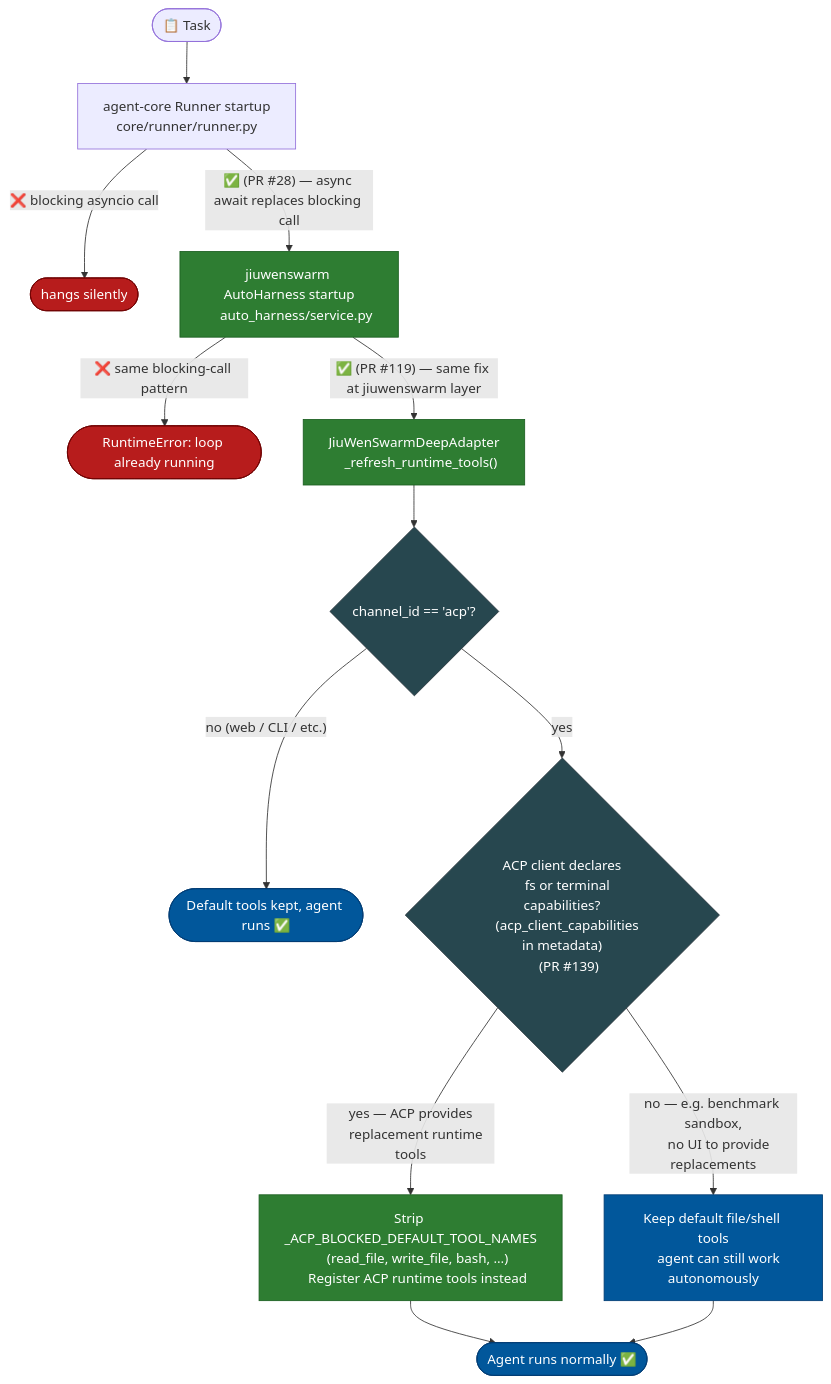
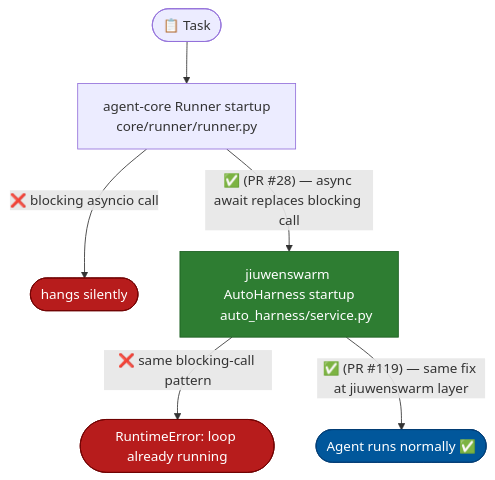
One commit to michaelatamuk/openjiuwen-jiuwenswarm changed the first of 9 diagrams in docs-michael/Implementation.Overview.md. Above: the diagram before and after it, drawn with Mermaid. The commit also changed other lines of this file, not shown here.

Commit message:
Working on Jiuwenswarm

````diff
--- a/docs-michael/Implementation.Overview.md
+++ b/docs-michael/Implementation.Overview.md
@@ -28,40 +27,18 @@
 ```mermaid
 flowchart TD
     classDef fix  fill:#2E7D32,color:#fff,stroke:#1B5E20
     classDef fail fill:#B71C1C,color:#fff,stroke:#6f0000
     classDef ok   fill:#01579B,color:#fff,stroke:#003c74
-    classDef cfg  fill:#27474F,color:#fff,stroke:#263238
 
     T(["📋 Task"])
 
     T --> AC["agent-core Runner startup
     core/runner/runner.py"]
 
     AC -->|"❌ blocking asyncio call"| H1(["hangs silently"]):::fail
     AC -->|"✅ (PR #28) — async await replaces blocking call"| JW["jiuwenswarm AutoHarness startup
     auto_harness/service.py"]:::fix
 
     JW -->|"❌ same blocking-call pattern"| H2(["RuntimeError: loop already running"]):::fail
-    JW -->|"✅ (PR #119) — same fix at jiuwenswarm layer"| ADP["JiuWenSwarmDeepAdapter
-    _refresh_runtime_tools()"]:::fix
-
-    ADP --> CH{"channel_id == 'acp'?"}:::cfg
-
-    CH -->|"no (web / CLI / etc.)"| RUN1(["Default tools kept, agent runs ✅"]):::ok
-
-    CH -->|"yes"| CAP{"ACP client declares
-    fs or terminal capabilities?
-    (acp_client_capabilities in metadata)
-    (PR #139)"}:::cfg
-
-    CAP -->|"yes — ACP provides
-    replacement runtime tools"| STRIP["Strip _ACP_BLOCKED_DEFAULT_TOOL_NAMES
-    (read_file, write_file, bash, …)
-    Register ACP runtime tools instead"]:::fix
-
-    CAP -->|"no — e.g. benchmark sandbox,
-    no UI to provide replacements"| KEEP["Keep default file/shell tools
-    agent can still work autonomously"]:::ok
-
-    STRIP & KEEP --> RUN2(["Agent runs normally ✅"]):::ok
+    JW -->|"✅ (PR #119) — same fix at jiuwenswarm layer"| RUN(["Agent runs normally ✅"]):::ok
 ```
````
